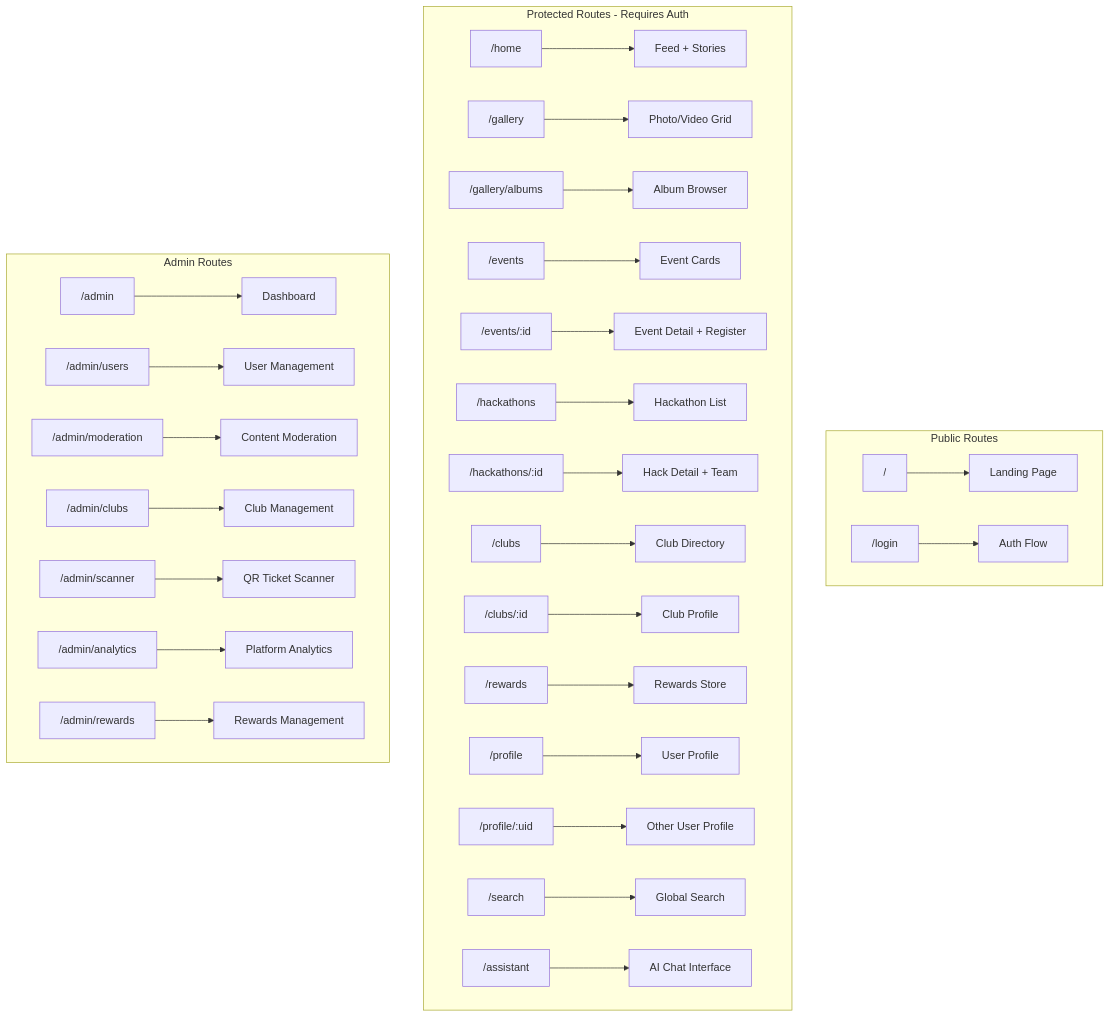
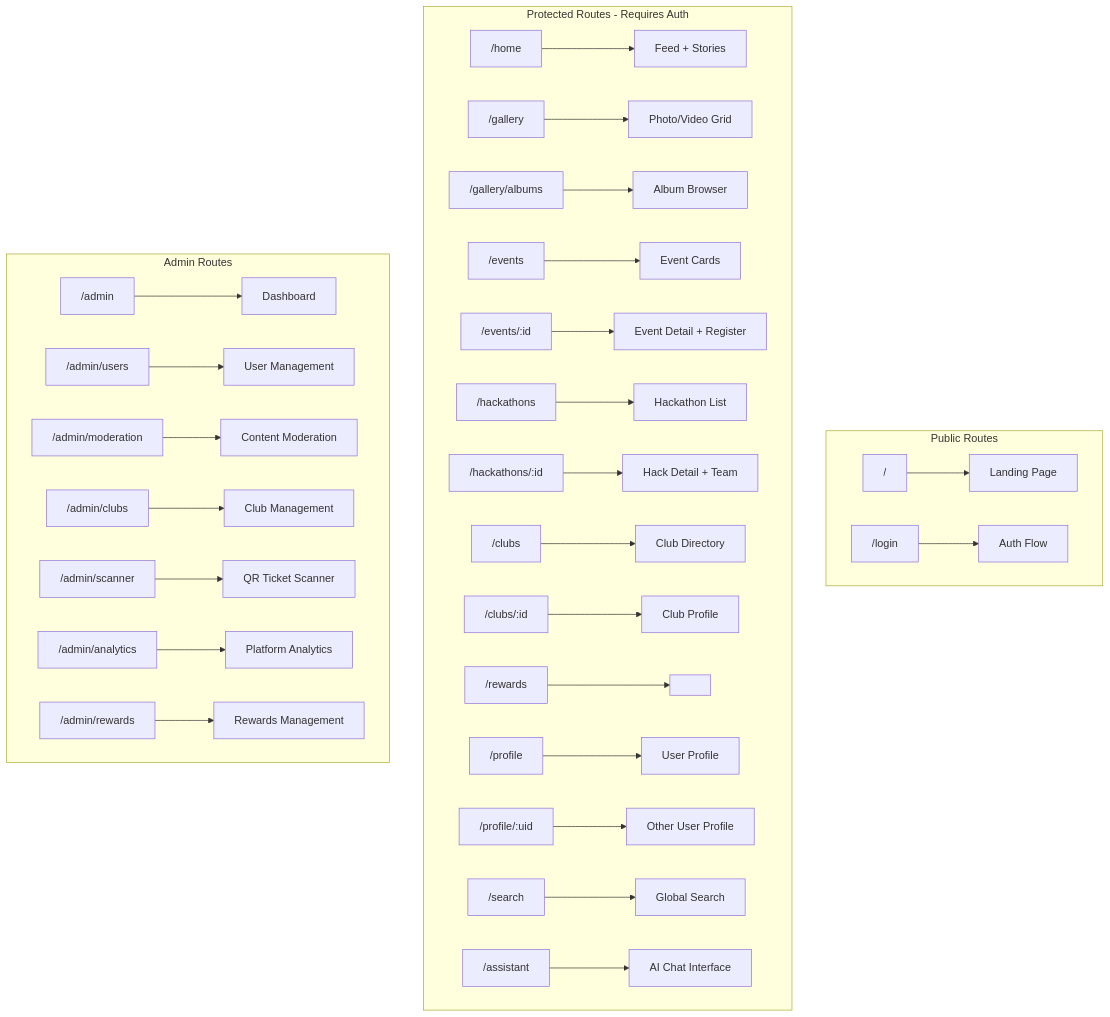
Before and after one commit to ask8962/glagallery: the third of 4 diagrams in docs/APP_WORKFLOW.md, drawn with Mermaid. The commit also changed other lines of this file and 7 other files, not shown here.

````diff
--- a/docs/APP_WORKFLOW.md
+++ b/docs/APP_WORKFLOW.md
@@ -114,34 +114,34 @@
 ```mermaid
 graph TD
     subgraph Public["Public Routes"]
         A1["/"] --> A2["Landing Page"]
         A3["/login"] --> A4["Auth Flow"]
     end
     
     subgraph Protected["Protected Routes - Requires Auth"]
         B1["/home"] --> B2["Feed + Stories"]
         B3["/gallery"] --> B4["Photo/Video Grid"]
         B5["/gallery/albums"] --> B6["Album Browser"]
         B7["/events"] --> B8["Event Cards"]
         B9["/events/:id"] --> B10["Event Detail + Register"]
         B11["/hackathons"] --> B12["Hackathon List"]
         B13["/hackathons/:id"] --> B14["Hack Detail + Team"]
         B15["/clubs"] --> B16["Club Directory"]
         B17["/clubs/:id"] --> B18["Club Profile"]
-        B19["/rewards"] --> B20["Rewards Store"]
+        B19["/rewards"] --> B20["  "]
         B21["/profile"] --> B22["User Profile"]
         B23["/profile/:uid"] --> B24["Other User Profile"]
         B25["/search"] --> B26["Global Search"]
         B27["/assistant"] --> B28["AI Chat Interface"]
     end
     
     subgraph Admin["Admin Routes"]
         C1["/admin"] --> C2["Dashboard"]
         C3["/admin/users"] --> C4["User Management"]
         C5["/admin/moderation"] --> C6["Content Moderation"]
         C7["/admin/clubs"] --> C8["Club Management"]
         C9["/admin/scanner"] --> C10["QR Ticket Scanner"]
         C11["/admin/analytics"] --> C12["Platform Analytics"]
         C13["/admin/rewards"] --> C14["Rewards Management"]
     end
 ```
````
